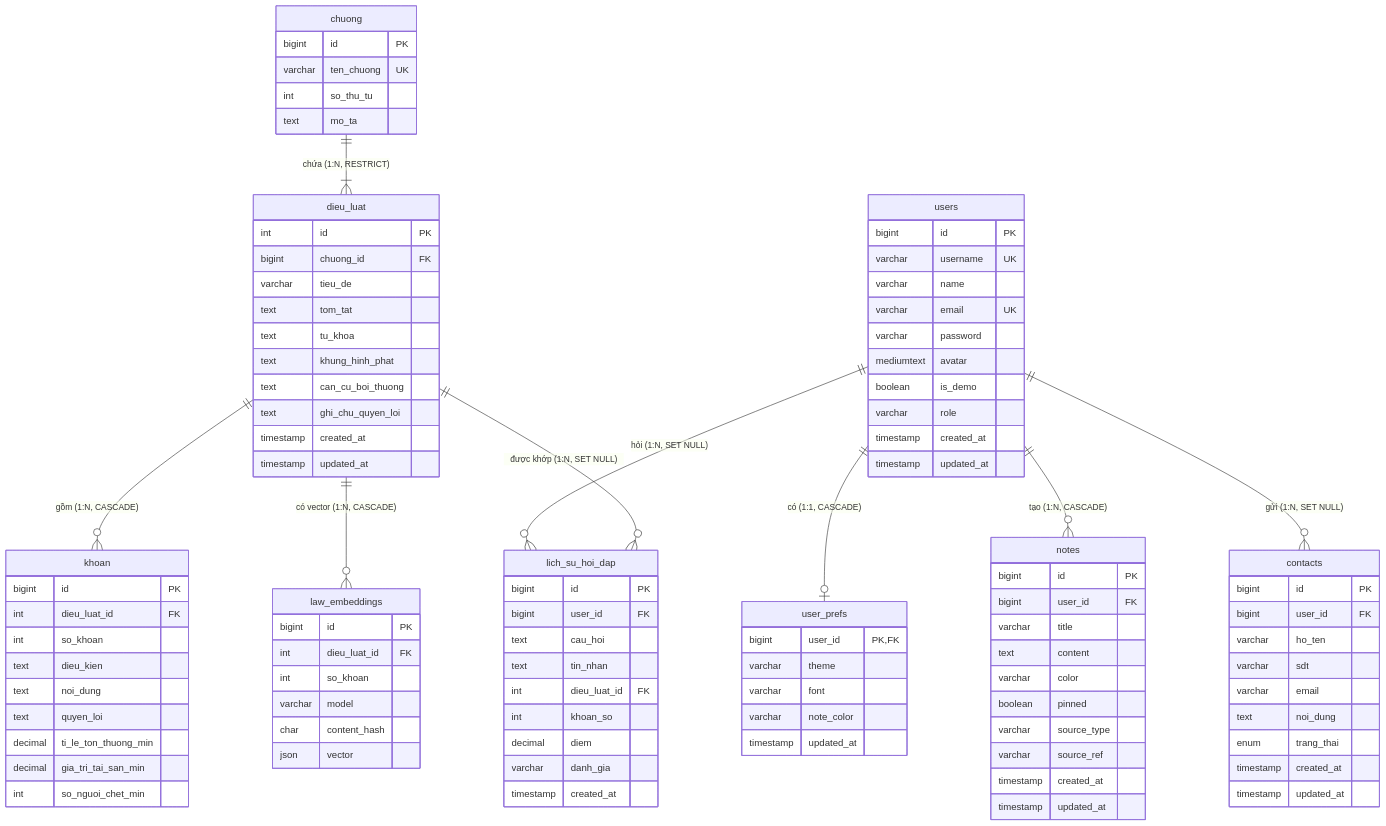
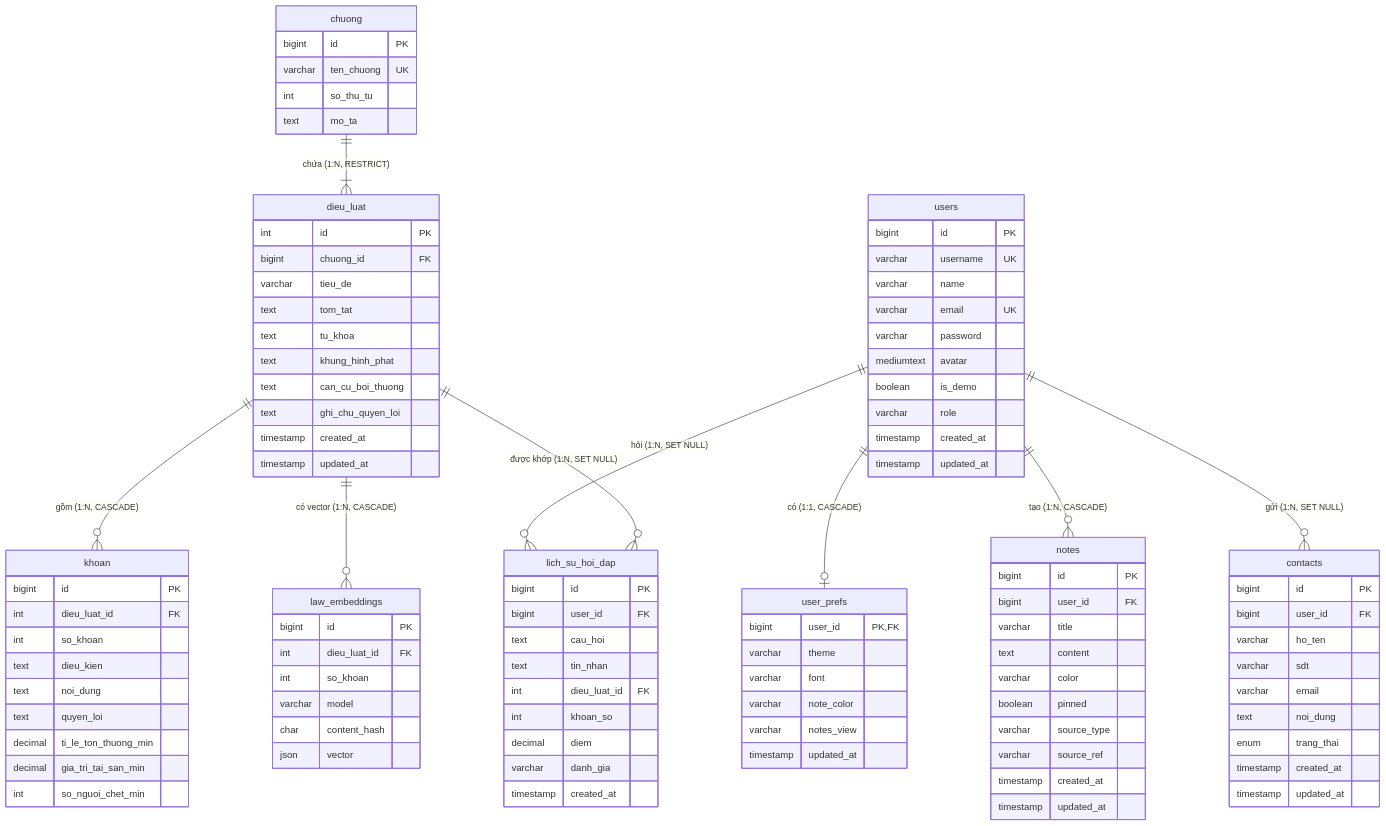
One commit to hnkhoi1/web-project changed the diagram in docs/DATABASE.md. Above: the diagram before and after it, drawn with Mermaid. The commit also changed other lines of this file and 16 other files, not shown here.

First line of the commit message:
feat(notes): grid/list view, filters, .txt export and printing

```diff
--- a/docs/DATABASE.md
+++ b/docs/DATABASE.md
@@ -46,6 +46,7 @@
         varchar theme
         varchar font
         varchar note_color
+        varchar notes_view
         timestamp updated_at
     }
     notes {
```
